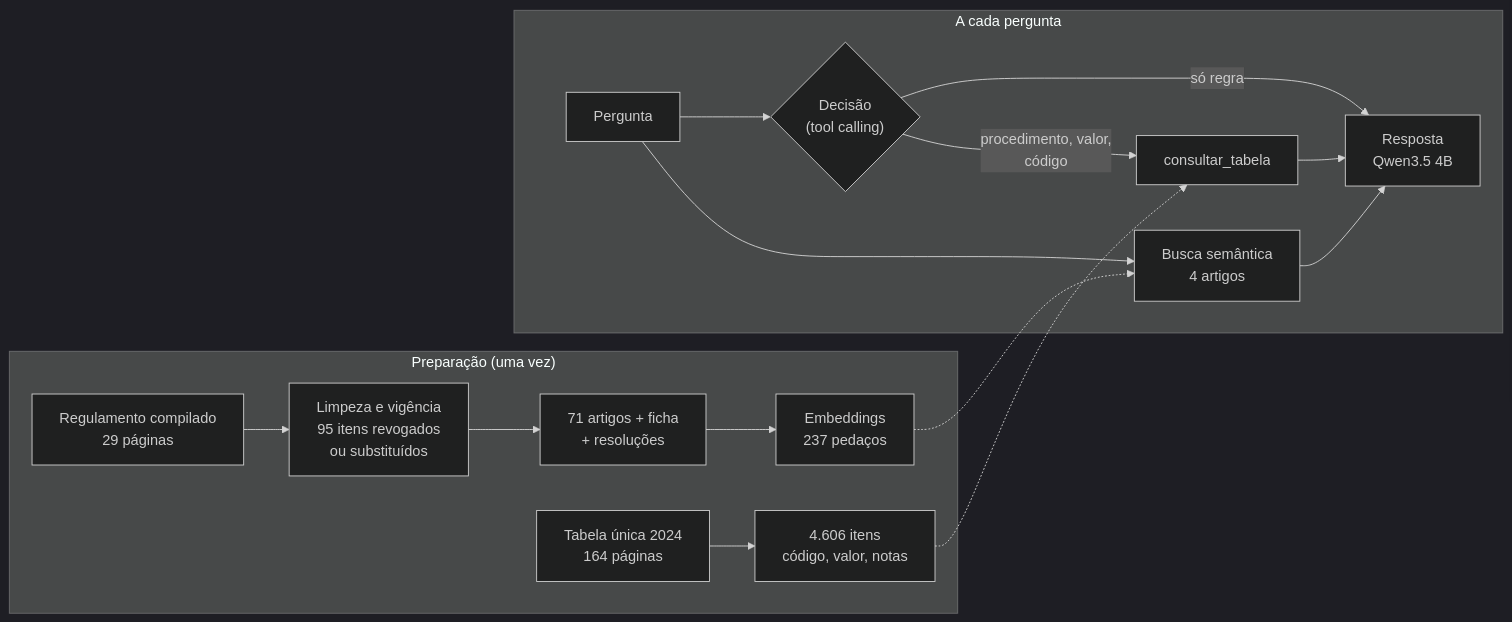
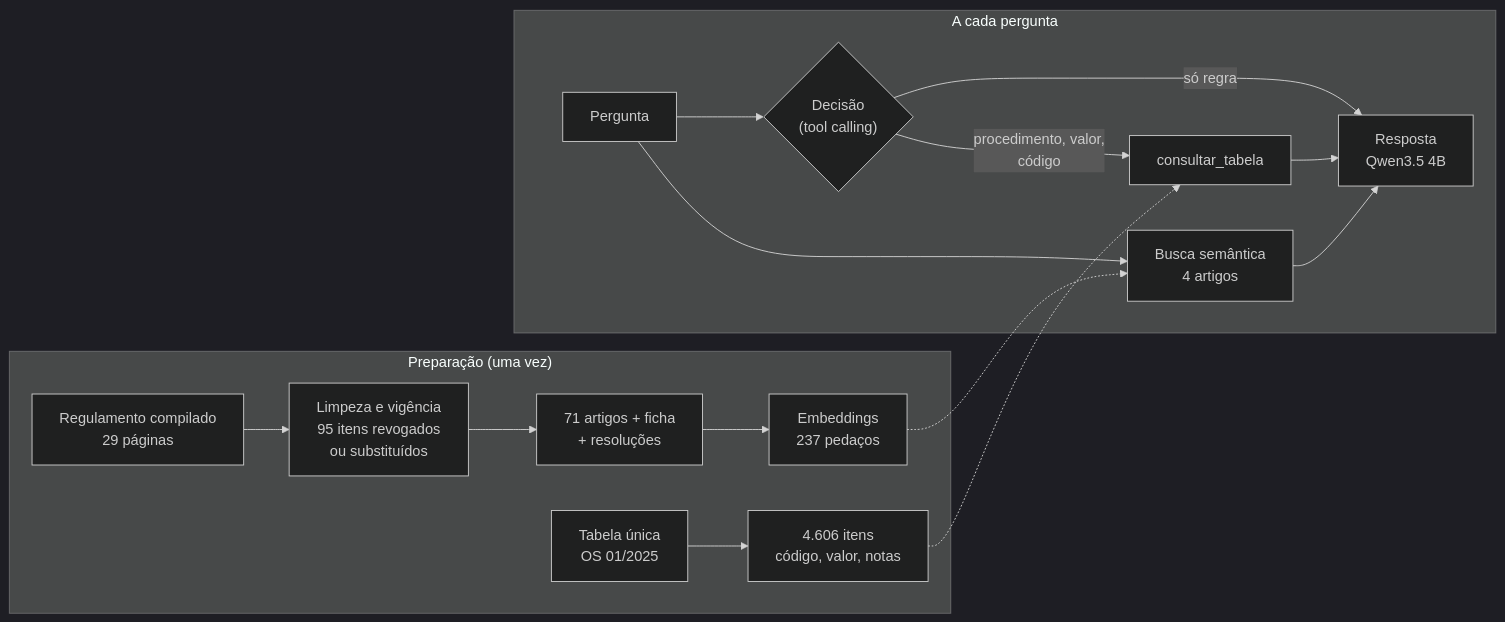
One commit to FelisbertoJPG/chat-bot changed the diagram in README.md. Above: the diagram before and after it, drawn with Mermaid (dark theme). The commit also changed other lines of this file and 9 other files, not shown here.

````diff
--- a/README.md
+++ b/README.md
@@ -31,19 +32,19 @@
 ```mermaid
 flowchart LR
     subgraph prep["Preparação (uma vez)"]
         PDF["Regulamento compilado<br/>29 páginas"] --> V["Limpeza e vigência<br/>95 itens revogados<br/>ou substituídos"]
         V --> A["71 artigos + ficha<br/>+ resoluções"]
         A --> E["Embeddings<br/>237 pedaços"]
-        T0["Tabela única 2024<br/>164 páginas"] --> T1["4.606 itens<br/>código, valor, notas"]
+        T0["Tabela única<br/>OS 01/2025"] --> T1["4.606 itens<br/>código, valor, notas"]
     end
     subgraph pergunta["A cada pergunta"]
         P["Pergunta"] --> B["Busca semântica<br/>4 artigos"]
         P --> D{"Decisão<br/>(tool calling)"}
         D -- "procedimento, valor,<br/>código" --> F["consultar_tabela"]
         B --> R["Resposta<br/>Qwen3.5 4B"]
         F --> R
         D -- "só regra" --> R
     end
     E -.-> B
     T1 -.-> F
 ```
````
